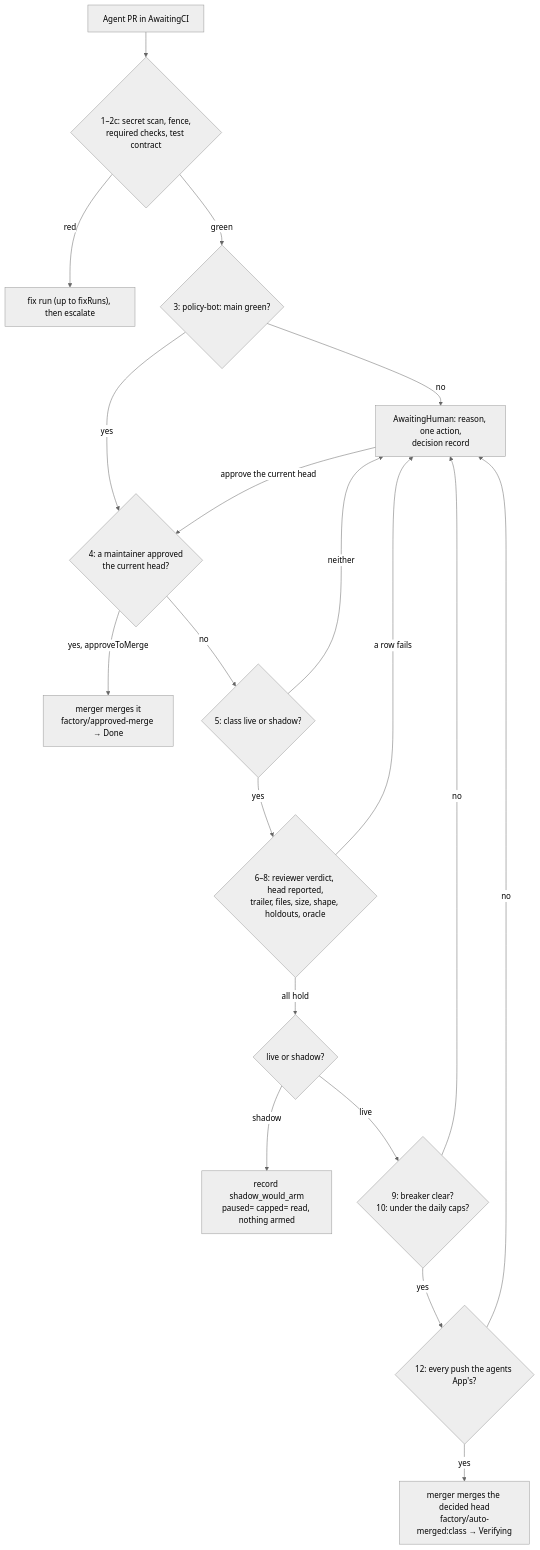
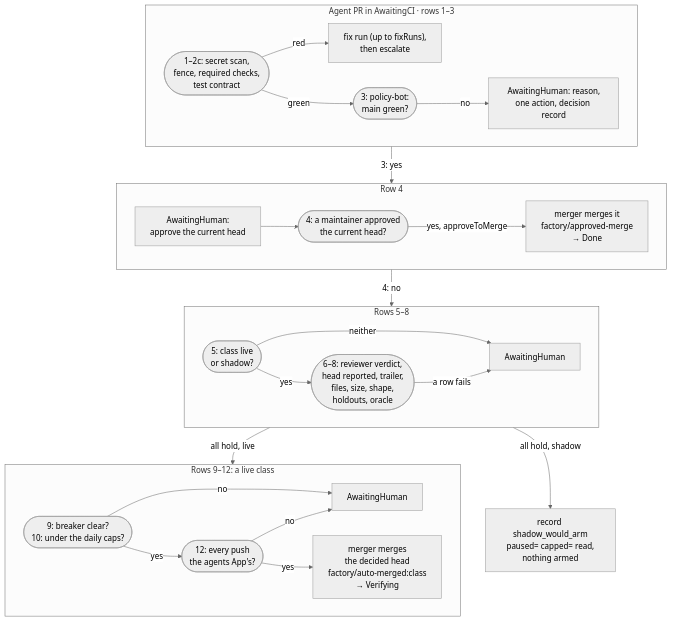
One commit to Smana/ai-native-ref changed the third of 4 diagrams in website/content/docs/platform/ai-platform/agents/how-it-works/agents-and-merge-gate.md. Above: the diagram before and after it, drawn with Mermaid (neutral theme). The commit also changed other lines of this file and 4 other files, not shown here.

First line of the commit message:
docs(site): reshape the long mermaid diagrams so they read at page width (#278)

````diff
--- a/website/content/docs/platform/ai-platform/agents/how-it-works/agents-and-merge-gate.md
+++ b/website/content/docs/platform/ai-platform/agents/how-it-works/agents-and-merge-gate.md
@@ -131,22 +147,33 @@
 ```mermaid
-flowchart TD
-  pr["Agent PR in AwaitingCI"] --> base{"1–2c: secret scan, fence,<br/>required checks, test contract"}
-  base -->|"red"| fix["fix run (up to fixRuns), then escalate"]
-  base -->|"green"| pb{"3: policy-bot: main green?"}
-  pb -->|"no"| ho
-  pb -->|"yes"| appr{"4: a maintainer approved<br/>the current head?"}
-  appr -->|"yes, approveToMerge"| amerge["merger merges it<br/>factory/approved-merge → Done"]
-  appr -->|"no"| cls{"5: class live or shadow?"}
-  cls -->|"neither"| ho
-  cls -->|"yes"| rows{"6–8: reviewer verdict, head reported,<br/>trailer, files, size, shape, holdouts, oracle"}
-  rows -->|"a row fails"| ho
-  rows -->|"all hold"| mode{"live or shadow?"}
-  mode -->|"shadow"| shadow["record shadow_would_arm<br/>paused= capped= read, nothing armed"]
-  mode -->|"live"| brk{"9: breaker clear?<br/>10: under the daily caps?"}
-  brk -->|"no"| ho
-  brk -->|"yes"| push{"12: every push the agents App's?"}
-  push -->|"no"| ho
-  push -->|"yes"| merge["merger merges the decided head<br/>factory/auto-merged:class → Verifying"]
-  ho["AwaitingHuman: reason, one action,<br/>decision record"]
-  ho -->|"approve the current head"| appr
+flowchart TB
+  subgraph s1["Agent PR in AwaitingCI · rows 1–3"]
+    direction LR
+    base(["1–2c: secret scan,<br/>fence, required checks,<br/>test contract"])
+    base -->|"red"| fix["fix run (up to fixRuns),<br/>then escalate"]
+    base -->|"green"| pb(["3: policy-bot:<br/>main green?"])
+    pb -->|"no"| ho1["AwaitingHuman: reason,<br/>one action, decision record"]
+  end
+  subgraph s2["Row 4"]
+    direction LR
+    back["AwaitingHuman:<br/>approve the current head"] --> appr(["4: a maintainer approved<br/>the current head?"])
+    appr -->|"yes, approveToMerge"| amerge["merger merges it<br/>factory/approved-merge<br/>→ Done"]
+  end
+  subgraph s3["Rows 5–8"]
+    direction LR
+    cls(["5: class live<br/>or shadow?"]) -->|"yes"| rows(["6–8: reviewer verdict,<br/>head reported, trailer,<br/>files, size, shape,<br/>holdouts, oracle"])
+    cls -->|"neither"| ho2["AwaitingHuman"]
+    rows -->|"a row fails"| ho2
+  end
+  subgraph s4["Rows 9–12: a live class"]
+    direction LR
+    brk(["9: breaker clear?<br/>10: under the daily caps?"]) -->|"yes"| push(["12: every push<br/>the agents App's?"])
+    brk -->|"no"| ho3["AwaitingHuman"]
+    push -->|"no"| ho3
+    push -->|"yes"| merge["merger merges<br/>the decided head<br/>factory/auto-merged:class<br/>→ Verifying"]
+  end
+  shadow["record shadow_would_arm<br/>paused= capped= read,<br/>nothing armed"]
+  s1 -->|"3: yes"| s2
+  s2 -->|"4: no"| s3
+  s3 -->|"all hold, live"| s4
+  s3 -->|"all hold, shadow"| shadow
 ```
````
